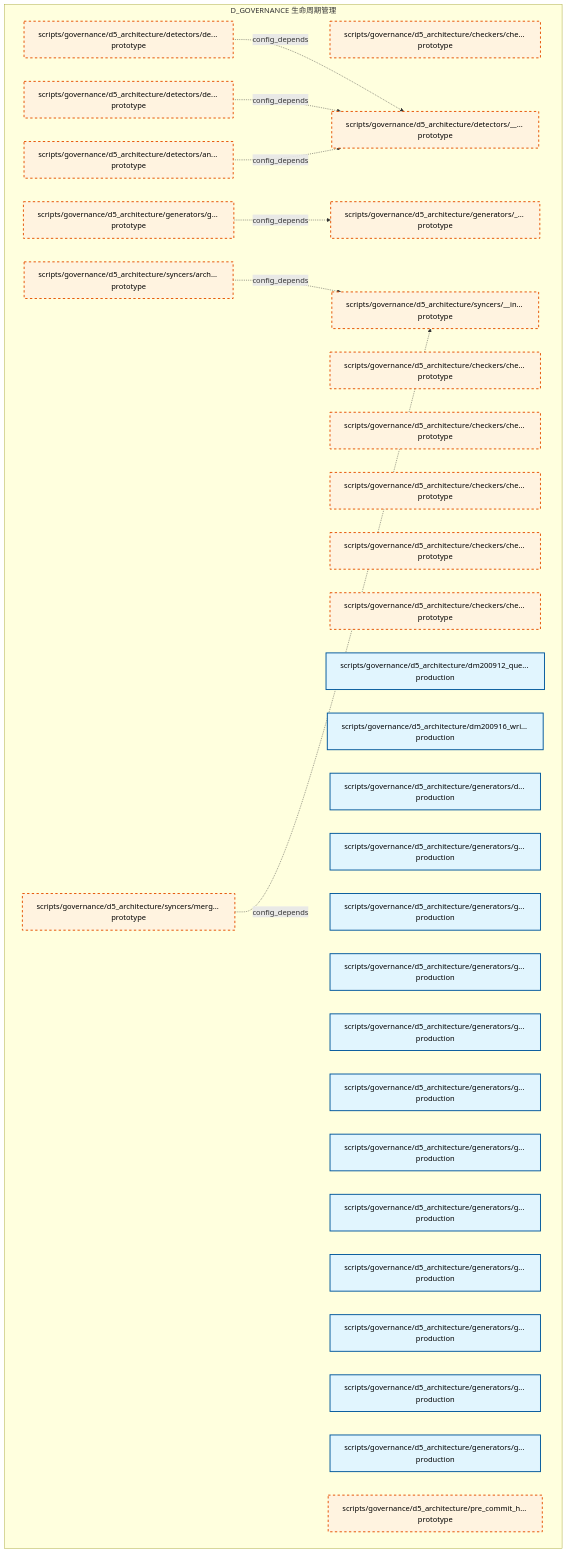
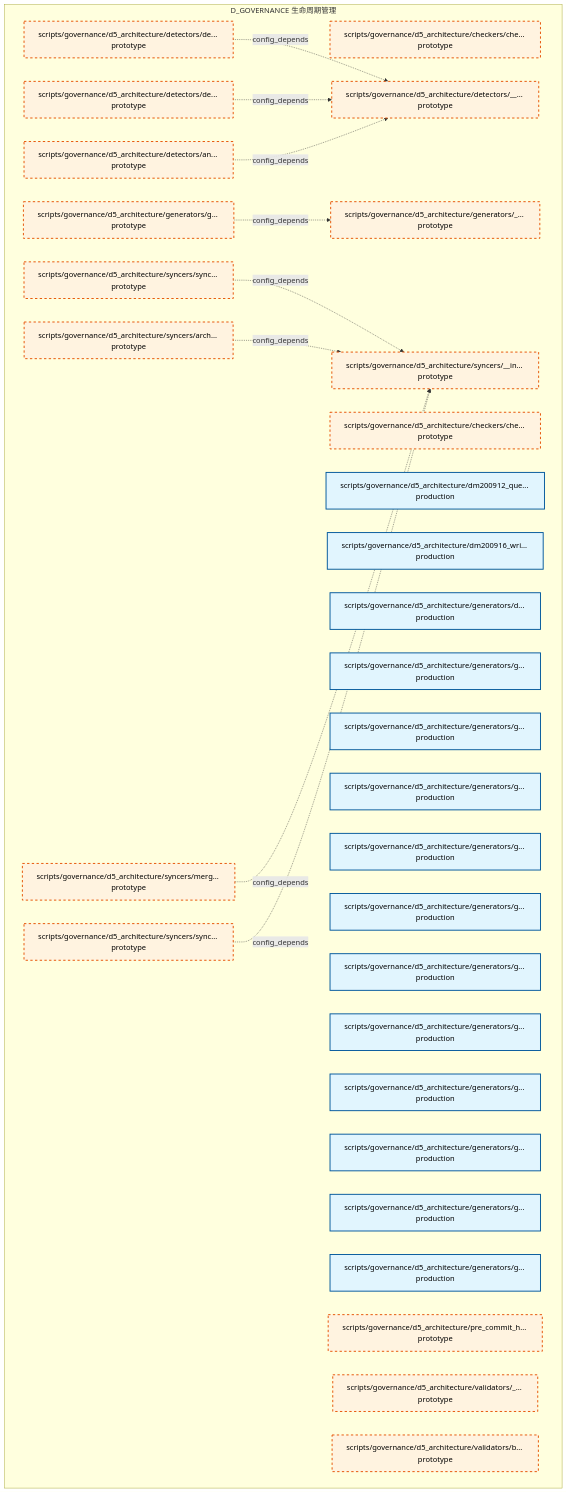
One commit to xuanFelixVan/ZephyrAlpha changed the fourth of 17 diagrams in docs/02_enterprise_architecture/02_domain_architecture_docs/33_d_governance.md. Above: the diagram before and after it, drawn with Mermaid. The commit also changed other lines of this file and 105 other files, not shown here.

````diff
--- a/docs/02_enterprise_architecture/02_domain_architecture_docs/33_d_governance.md
+++ b/docs/02_enterprise_architecture/02_domain_architecture_docs/33_d_governance.md
@@ -248,47 +255,49 @@
 ```mermaid
 graph TD
     subgraph D_GOVERNANCE["D_GOVERNANCE 生命周期管理"]
-        scripts_governance_d5_architecture_checkers_check_contract_code_drift_py["scripts/governance/d5_architecture/checkers/che... prototype"]
-        scripts_governance_d5_architecture_checkers_check_dependency_direction_py["scripts/governance/d5_architecture/checkers/che... prototype"]
-        scripts_governance_d5_architecture_checkers_check_g6_ctr_compliance_py["scripts/governance/d5_architecture/checkers/che... prototype"]
-        scripts_governance_d5_architecture_checkers_check_orphan_outputs_py["scripts/governance/d5_architecture/checkers/che... prototype"]
         scripts_governance_d5_architecture_checkers_check_ssot_uniqueness_py["scripts/governance/d5_architecture/checkers/che... prototype"]
         scripts_governance_d5_architecture_checkers_check_trace_context_propagation_py["scripts/governance/d5_architecture/checkers/che... prototype"]
         scripts_governance_d5_architecture_detectors_init_py["scripts/governance/d5_architecture/detectors/__... prototype"]
         scripts_governance_d5_architecture_detectors_analyze_same_name_module_relations_py["scripts/governance/d5_architecture/detectors/an... prototype"]
         scripts_governance_d5_architecture_detectors_detect_depends_on_cycles_py["scripts/governance/d5_architecture/detectors/de... prototype"]
         scripts_governance_d5_architecture_detectors_detect_deprecated_adr_references_py["scripts/governance/d5_architecture/detectors/de... prototype"]
         scripts_governance_d5_architecture_dm200912_query_domains_py["scripts/governance/d5_architecture/dm200912_que... production"]
         scripts_governance_d5_architecture_dm200916_write_direct_py["scripts/governance/d5_architecture/dm200916_wri... production"]
         scripts_governance_d5_architecture_generators_init_py["scripts/governance/d5_architecture/generators/_... prototype"]
         scripts_governance_d5_architecture_generators_domain_name_mapping_py["scripts/governance/d5_architecture/generators/d... production"]
         scripts_governance_d5_architecture_generators_generate_capability_heatmap_py["scripts/governance/d5_architecture/generators/g... production"]
         scripts_governance_d5_architecture_generators_generate_capacity_report_py["scripts/governance/d5_architecture/generators/g... production"]
         scripts_governance_d5_architecture_generators_generate_constraint_violations_py["scripts/governance/d5_architecture/generators/g... production"]
         scripts_governance_d5_architecture_generators_generate_contracts_py["scripts/governance/d5_architecture/generators/g... prototype"]
         scripts_governance_d5_architecture_generators_generate_cross_domain_matrix_py["scripts/governance/d5_architecture/generators/g... production"]
         scripts_governance_d5_architecture_generators_generate_design_vs_production_py["scripts/governance/d5_architecture/generators/g... production"]
         scripts_governance_d5_architecture_generators_generate_domain_dependency_diagram_py["scripts/governance/d5_architecture/generators/g... production"]
         scripts_governance_d5_architecture_generators_generate_domain_doc_py["scripts/governance/d5_architecture/generators/g... production"]
         scripts_governance_d5_architecture_generators_generate_domain_index_py["scripts/governance/d5_architecture/generators/g... production"]
         scripts_governance_d5_architecture_generators_generate_integration_topology_py["scripts/governance/d5_architecture/generators/g... production"]
         scripts_governance_d5_architecture_generators_generate_navigation_index_py["scripts/governance/d5_architecture/generators/g... production"]
         scripts_governance_d5_architecture_generators_generate_path_tree_py["scripts/governance/d5_architecture/generators/g... production"]
         scripts_governance_d5_architecture_pre_commit_hook_ps1["scripts/governance/d5_architecture/pre_commit_h... prototype"]
         scripts_governance_d5_architecture_syncers_init_py["scripts/governance/d5_architecture/syncers/__in... prototype"]
         scripts_governance_d5_architecture_syncers_archive_rationale_log_py["scripts/governance/d5_architecture/syncers/arch... prototype"]
         scripts_governance_d5_architecture_syncers_merge_readme_to_index_py["scripts/governance/d5_architecture/syncers/merg... prototype"]
+        scripts_governance_d5_architecture_syncers_sync_blueprint_code_index_py["scripts/governance/d5_architecture/syncers/sync... prototype"]
+        scripts_governance_d5_architecture_syncers_sync_registry_from_blueprints_py["scripts/governance/d5_architecture/syncers/sync... prototype"]
+        scripts_governance_d5_architecture_validators_init_py["scripts/governance/d5_architecture/validators/_... prototype"]
+        scripts_governance_d5_architecture_validators_blueprint_init_py["scripts/governance/d5_architecture/validators/b... prototype"]
     end
     scripts_governance_d5_architecture_detectors_detect_deprecated_adr_references_py -.->|config_depends| scripts_governance_d5_architecture_detectors_init_py
     scripts_governance_d5_architecture_detectors_detect_depends_on_cycles_py -.->|config_depends| scripts_governance_d5_architecture_detectors_init_py
     scripts_governance_d5_architecture_detectors_analyze_same_name_module_relations_py -.->|config_depends| scripts_governance_d5_architecture_detectors_init_py
     scripts_governance_d5_architecture_generators_generate_contracts_py -.->|config_depends| scripts_governance_d5_architecture_generators_init_py
+    scripts_governance_d5_architecture_syncers_sync_blueprint_code_index_py -.->|config_depends| scripts_governance_d5_architecture_syncers_init_py
     scripts_governance_d5_architecture_syncers_archive_rationale_log_py -.->|config_depends| scripts_governance_d5_architecture_syncers_init_py
     scripts_governance_d5_architecture_syncers_merge_readme_to_index_py -.->|config_depends| scripts_governance_d5_architecture_syncers_init_py
+    scripts_governance_d5_architecture_syncers_sync_registry_from_blueprints_py -.->|config_depends| scripts_governance_d5_architecture_syncers_init_py
     classDef production fill:#e1f5fe,stroke:#01579b,stroke-width:2px,color:#000
     classDef design fill:#fff3e0,stroke:#e65100,stroke-width:2px,color:#000,stroke-dasharray: 5 5
     classDef external_prod fill:#e8f5e9,stroke:#1b5e20,stroke-width:1px,color:#000
     classDef external_design fill:#fce4ec,stroke:#880e4f,stroke-width:1px,color:#000,stroke-dasharray: 5 5
     class scripts_governance_d5_architecture_dm200912_query_domains_py,scripts_governance_d5_architecture_dm200916_write_direct_py,scripts_governance_d5_architecture_generators_domain_name_mapping_py,scripts_governance_d5_architecture_generators_generate_capability_heatmap_py,scripts_governance_d5_architecture_generators_generate_capacity_report_py,scripts_governance_d5_architecture_generators_generate_constraint_violations_py,scripts_governance_d5_architecture_generators_generate_cross_domain_matrix_py,scripts_governance_d5_architecture_generators_generate_design_vs_production_py,scripts_governance_d5_architecture_generators_generate_domain_dependency_diagram_py,scripts_governance_d5_architecture_generators_generate_domain_doc_py,scripts_governance_d5_architecture_generators_generate_domain_index_py,scripts_governance_d5_architecture_generators_generate_integration_topology_py,scripts_governance_d5_architecture_generators_generate_navigation_index_py,scripts_governance_d5_architecture_generators_generate_path_tree_py production
-    class scripts_governance_d5_architecture_checkers_check_contract_code_drift_py,scripts_governance_d5_architecture_checkers_check_dependency_direction_py,scripts_governance_d5_architecture_checkers_check_g6_ctr_compliance_py,scripts_governance_d5_architecture_checkers_check_orphan_outputs_py,scripts_governance_d5_architecture_checkers_check_ssot_uniqueness_py,scripts_governance_d5_architecture_checkers_check_trace_context_propagation_py,scripts_governance_d5_architecture_detectors_init_py,scripts_governance_d5_architecture_detectors_analyze_same_name_module_relations_py,scripts_governance_d5_architecture_detectors_detect_depends_on_cycles_py,scripts_governance_d5_architecture_detectors_detect_deprecated_adr_references_py,scripts_governance_d5_architecture_generators_init_py,scripts_governance_d5_architecture_generators_generate_contracts_py,scripts_governance_d5_architecture_pre_commit_hook_ps1,scripts_governance_d5_architecture_syncers_init_py,scripts_governance_d5_architecture_syncers_archive_rationale_log_py,scripts_governance_d5_architecture_syncers_merge_readme_to_index_py design
+    class scripts_governance_d5_architecture_checkers_check_ssot_uniqueness_py,scripts_governance_d5_architecture_checkers_check_trace_context_propagation_py,scripts_governance_d5_architecture_detectors_init_py,scripts_governance_d5_architecture_detectors_analyze_same_name_module_relations_py,scripts_governance_d5_architecture_detectors_detect_depends_on_cycles_py,scripts_governance_d5_architecture_detectors_detect_deprecated_adr_references_py,scripts_governance_d5_architecture_generators_init_py,scripts_governance_d5_architecture_generators_generate_contracts_py,scripts_governance_d5_architecture_pre_commit_hook_ps1,scripts_governance_d5_architecture_syncers_init_py,scripts_governance_d5_architecture_syncers_archive_rationale_log_py,scripts_governance_d5_architecture_syncers_merge_readme_to_index_py,scripts_governance_d5_architecture_syncers_sync_blueprint_code_index_py,scripts_governance_d5_architecture_syncers_sync_registry_from_blueprints_py,scripts_governance_d5_architecture_validators_init_py,scripts_governance_d5_architecture_validators_blueprint_init_py design
 ```
````
